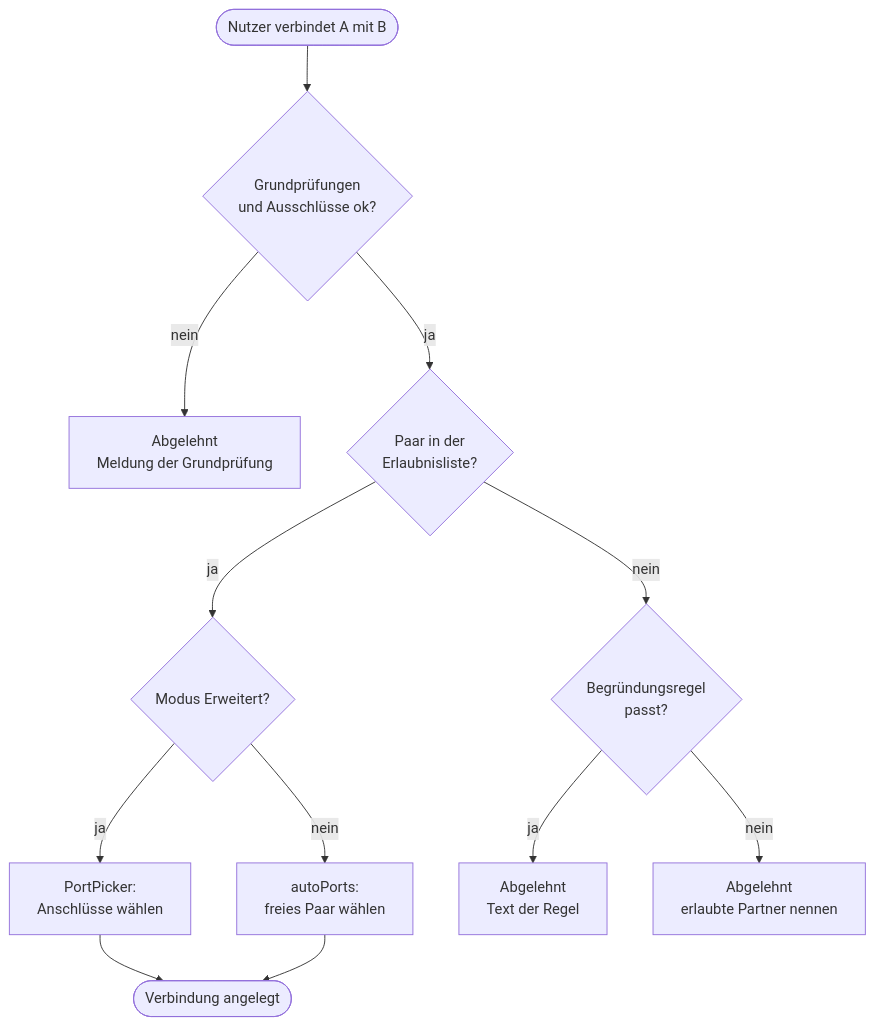
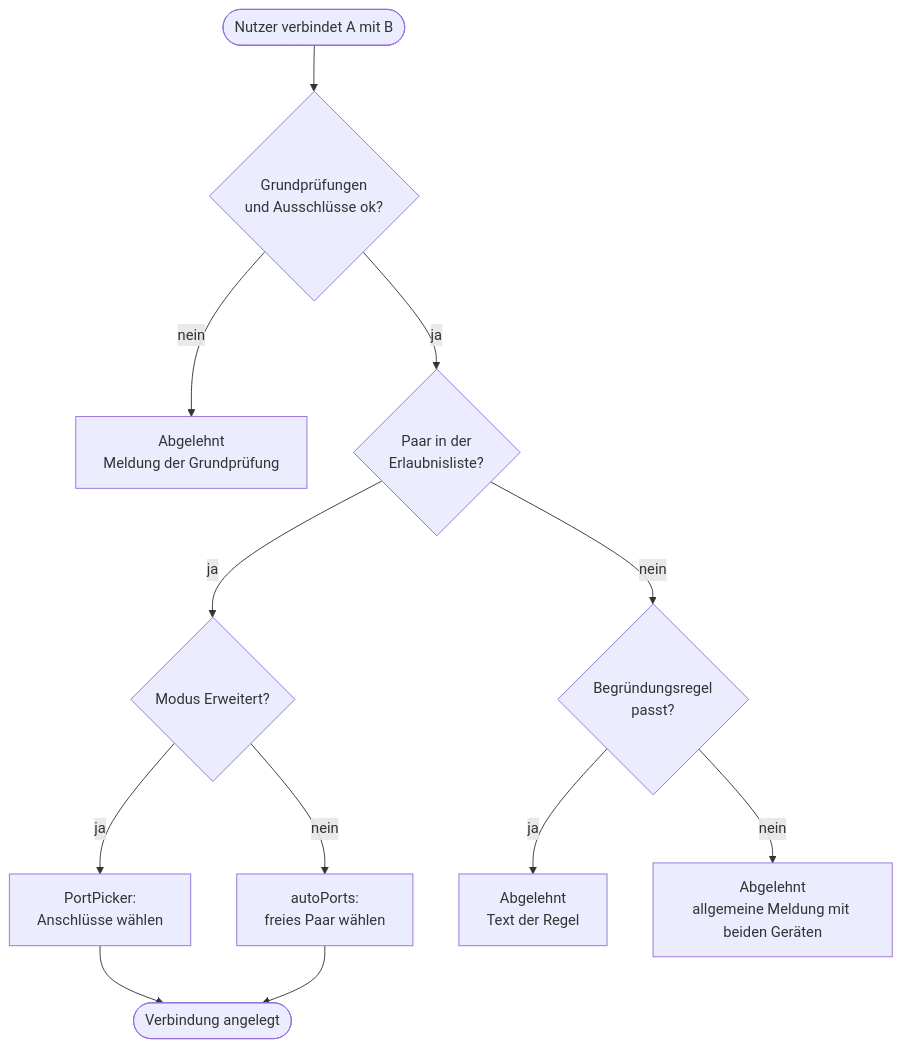
The ninth of 10 diagrams in docu/001-ti-visualizer-baukasten/architektur.md (jurie2000/ti-visualizer), drawn with Mermaid before and after one commit. The commit also changed 10 other files, not shown here.

````diff
--- a/docu/001-ti-visualizer-baukasten/architektur.md
+++ b/docu/001-ti-visualizer-baukasten/architektur.md
@@ -560,14 +560,14 @@
 ```mermaid
 flowchart TD
     start(["Nutzer verbindet A mit B"]) --> g{"Grundprüfungen<br/>und Ausschlüsse ok?"}
     g -- "nein" --> errG["Abgelehnt<br/>Meldung der Grundprüfung"]
     g -- "ja" --> allow{"Paar in der<br/>Erlaubnisliste?"}
     allow -- "ja" --> mode{"Modus Erweitert?"}
     mode -- "ja" --> pick["PortPicker:<br/>Anschlüsse wählen"]
     mode -- "nein" --> auto["autoPorts:<br/>freies Paar wählen"]
     pick --> ok(["Verbindung angelegt"])
     auto --> ok
     allow -- "nein" --> reason{"Begründungsregel<br/>passt?"}
     reason -- "ja" --> errR["Abgelehnt<br/>Text der Regel"]
-    reason -- "nein" --> errA["Abgelehnt<br/>erlaubte Partner nennen"]
+    reason -- "nein" --> errA["Abgelehnt<br/>allgemeine Meldung mit beiden Geräten"]
 ```
````
